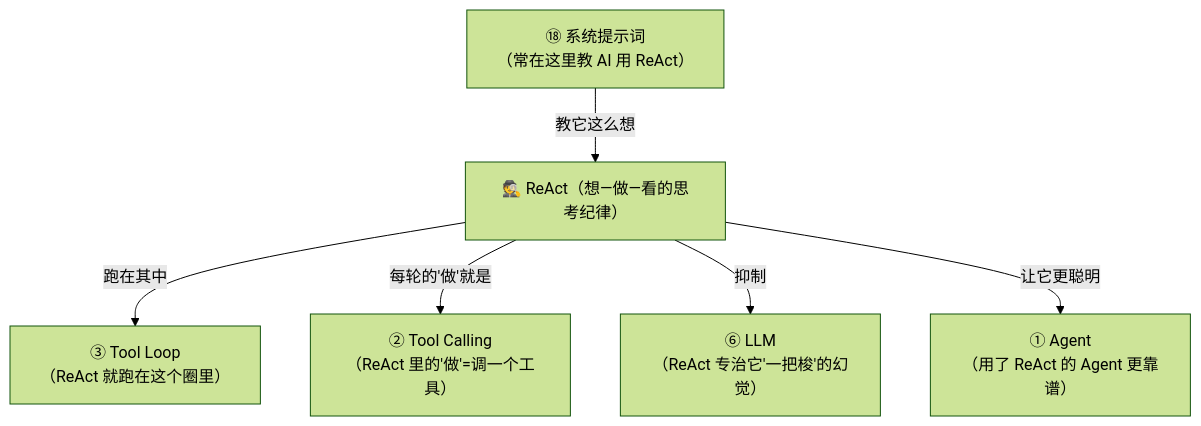
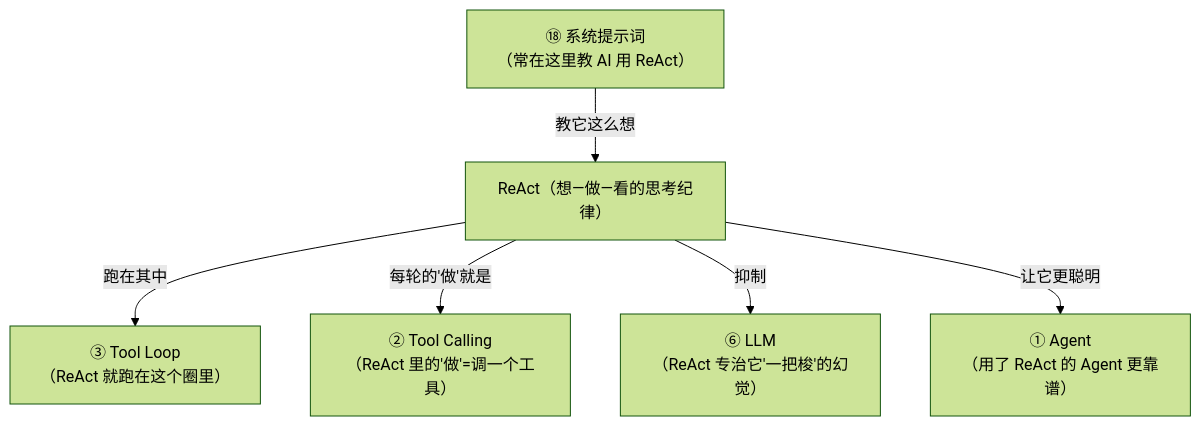
The sixth of 6 diagrams in docs/02_CONCEPTS_概念入门/CONCEPT/[CONCEPT-19] 什么是ReAct-智能体推理模式.md (luckykhy/KhyAiHub), drawn with Mermaid (forest theme) before and after one commit. The commit also changed other lines of this file and 19 other files, not shown here.

````diff
--- a/docs/02_CONCEPTS_概念入门/CONCEPT/[CONCEPT-19] 什么是ReAct-智能体推理模式.md
+++ b/docs/02_CONCEPTS_概念入门/CONCEPT/[CONCEPT-19] 什么是ReAct-智能体推理模式.md
@@ -271,14 +271,14 @@
 ```mermaid
 flowchart TB
-  REACT["🕵️ ReAct（想—做—看的思考纪律）"]
+  REACT["ReAct（想—做—看的思考纪律）"]
   TL["③ Tool Loop<br/>（ReAct 就跑在这个圈里）"]
   TC["② Tool Calling<br/>（ReAct 里的'做'=调一个工具）"]
   SYS["⑱ 系统提示词<br/>（常在这里教 AI 用 ReAct）"]
   LLM["⑥ LLM<br/>（ReAct 专治它'一把梭'的幻觉）"]
   AGENT["① Agent<br/>（用了 ReAct 的 Agent 更靠谱）"]
   SYS -->|"教它这么想"| REACT
   REACT -->|"跑在其中"| TL
   REACT -->|"每轮的'做'就是"| TC
   REACT -->|"抑制"| LLM
   REACT -->|"让它更聪明"| AGENT
 ```
````
